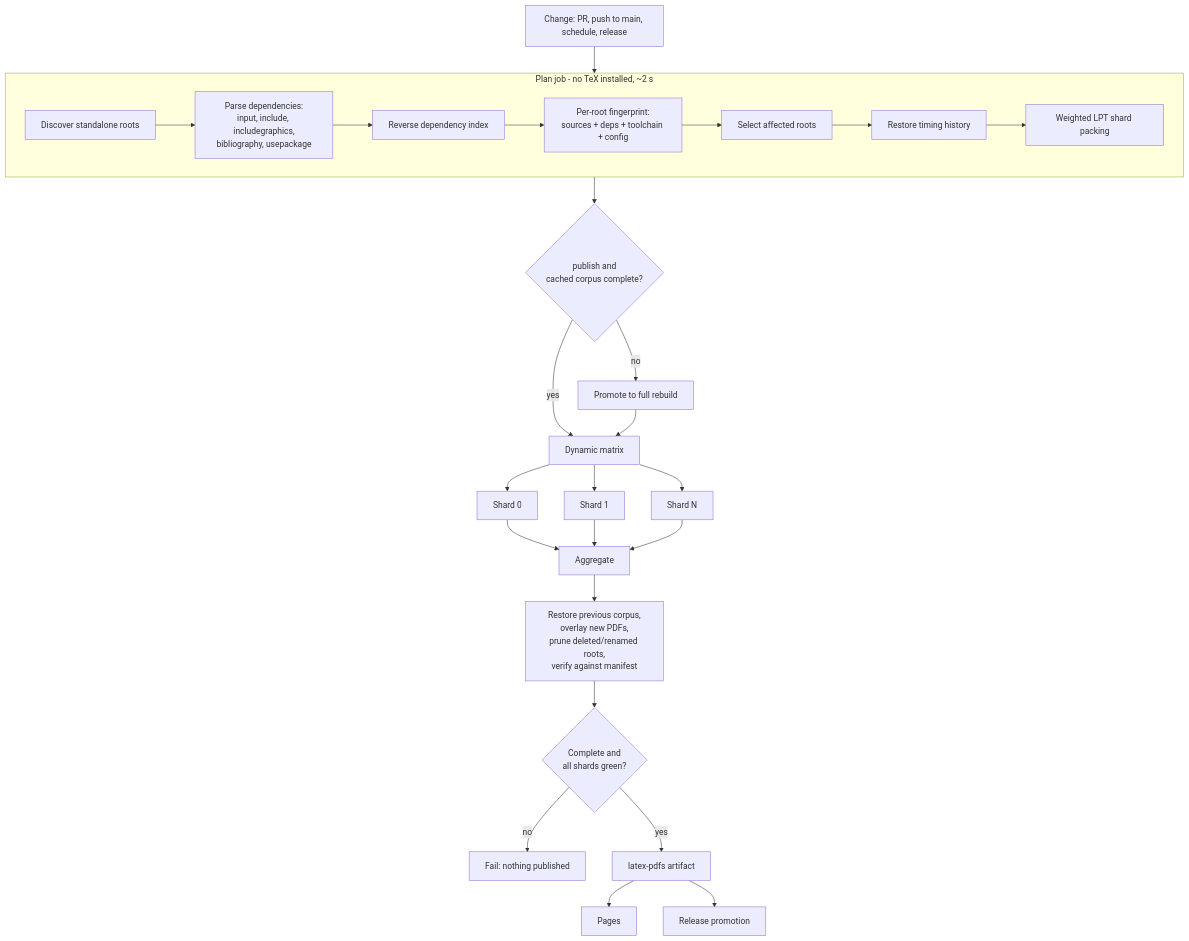
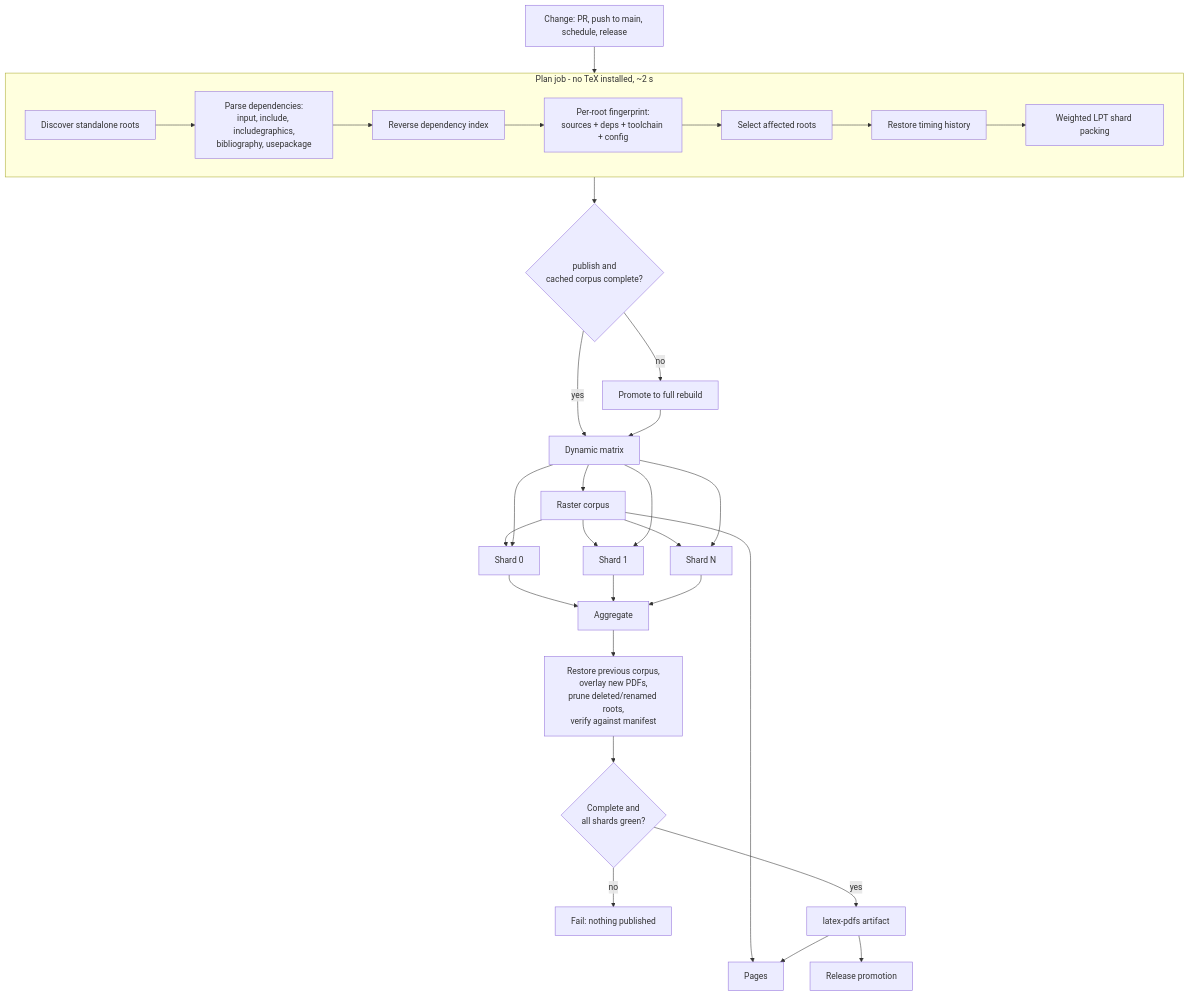
The diagram in BUILD-OPTIMIZATION.md (Notoriousjayy/latex-docs), drawn with Mermaid before and after one commit. The commit also changed other lines of this file and 3 other files, not shown here.

````diff
--- a/BUILD-OPTIMIZATION.md
+++ b/BUILD-OPTIMIZATION.md
@@ -129,33 +129,39 @@
 ```mermaid
 flowchart TD
     A[Change: PR, push to main, schedule, release] --> P
 
     subgraph P[Plan job - no TeX installed, ~2 s]
         P1[Discover standalone roots] --> P2[Parse dependencies:<br/>input, include, includegraphics,<br/>bibliography, usepackage]
         P2 --> P3[Reverse dependency index]
         P3 --> P4[Per-root fingerprint:<br/>sources + deps + toolchain + config]
         P4 --> P5[Select affected roots]
         P5 --> P6[Restore timing history]
         P6 --> P7[Weighted LPT shard packing]
     end
 
     P --> G{publish and<br/>cached corpus complete?}
     G -- no --> F[Promote to full rebuild]
     G -- yes --> M
     F --> M[Dynamic matrix]
 
+    M --> RA[Raster corpus]
+    RA --> S0[Shard 0]
+    RA --> S1[Shard 1]
+    RA --> SN[Shard N]
+    RA --> PG
+
     M --> S0[Shard 0]
     M --> S1[Shard 1]
     M --> SN[Shard N]
 
     S0 --> AG[Aggregate]
     S1 --> AG
     SN --> AG
 
     AG --> V[Restore previous corpus,<br/>overlay new PDFs,<br/>prune deleted/renamed roots,<br/>verify against manifest]
     V --> R{Complete and<br/>all shards green?}
     R -- no --> X[Fail: nothing published]
     R -- yes --> OK[latex-pdfs artifact]
     OK --> PG[Pages]
     OK --> RL[Release promotion]
 ```
````
